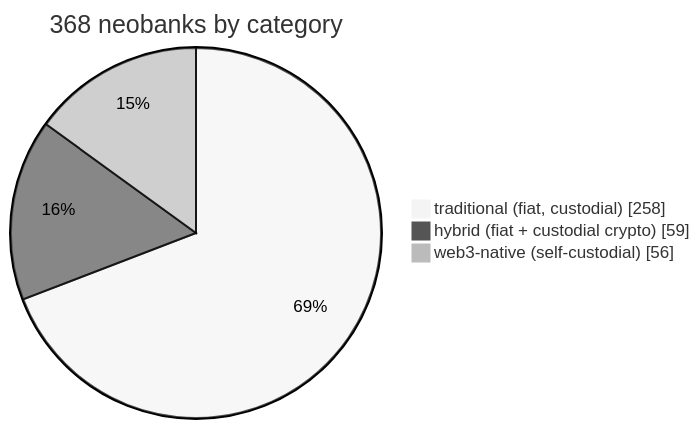
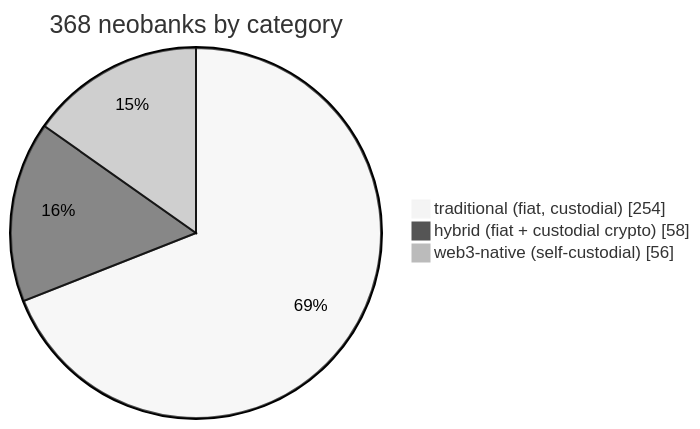
One commit to andreolf/neobankbeat changed the first of 3 diagrams in README.md. Above: the diagram before and after it, drawn with Mermaid (neutral theme). The commit also changed other lines of this file and 1471 other files, not shown here.

````diff
--- a/README.md
+++ b/README.md
@@ -41,6 +42,6 @@
 ```mermaid
 pie showData title 368 neobanks by category
-    "traditional (fiat, custodial)" : 258
-    "hybrid (fiat + custodial crypto)" : 59
+    "traditional (fiat, custodial)" : 254
+    "hybrid (fiat + custodial crypto)" : 58
     "web3-native (self-custodial)" : 56
 ```
````
